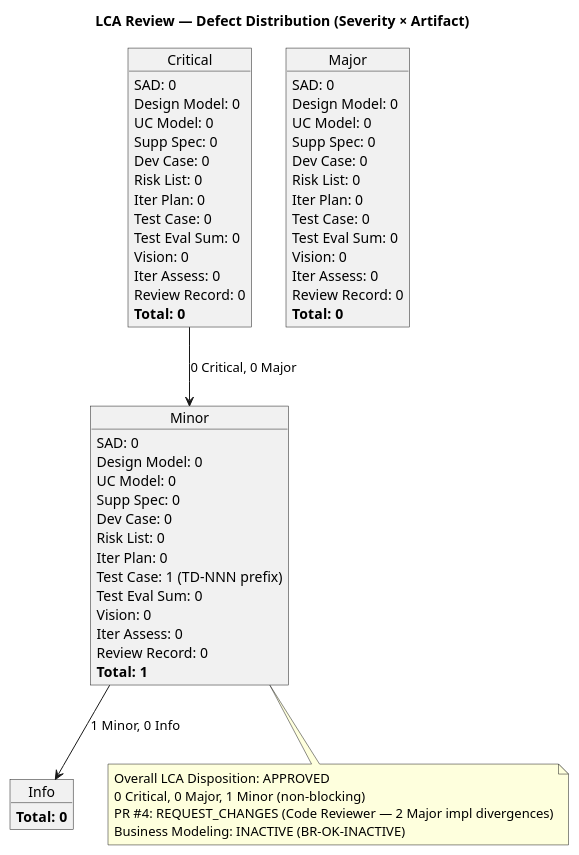
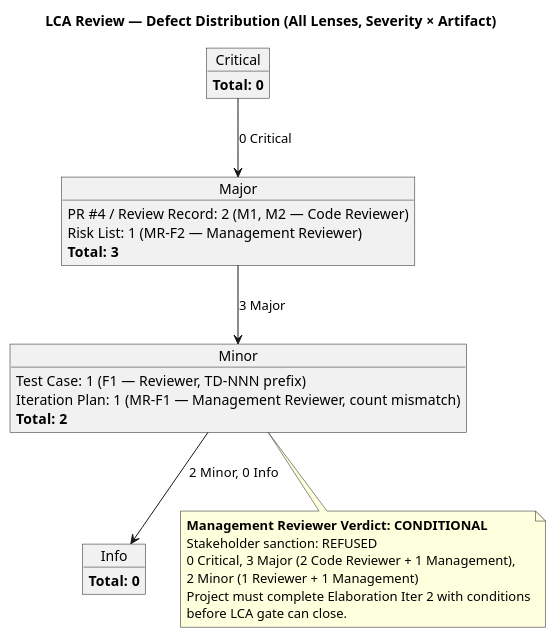
The third of 3 diagrams in docs/artifacts/project-management/review-record.md (banense-test/portal-cuba-corp), drawn with PlantUML before and after one commit. The commit also changed other lines of this file, not shown here.

Commit message:
Management Reviewer [E1]: upsert Review Record
[skip ci]

````diff
--- a/docs/artifacts/project-management/review-record.md
+++ b/docs/artifacts/project-management/review-record.md
@@ -296,70 +303,41 @@
 ```plantuml
 @startuml
-title LCA Review — Defect Distribution (Severity × Artifact)
+title LCA Review — Defect Distribution (All Lenses, Severity × Artifact)
 
 skinparam classAttributeIconSize 0
 
 object "Critical" as CR {
-  SAD: 0
-  Design Model: 0
-  UC Model: 0
-  Supp Spec: 0
-  Dev Case: 0
-  Risk List: 0
-  Iter Plan: 0
-  Test Case: 0
-  Test Eval Sum: 0
-  Vision: 0
-  Iter Assess: 0
-  Review Record: 0
   **Total: 0**
 }
 
 object "Major" as MA {
-  SAD: 0
-  Design Model: 0
-  UC Model: 0
-  Supp Spec: 0
-  Dev Case: 0
-  Risk List: 0
-  Iter Plan: 0
-  Test Case: 0
-  Test Eval Sum: 0
-  Vision: 0
-  Iter Assess: 0
-  Review Record: 0
-  **Total: 0**
+  PR #4 / Review Record: 2 (M1, M2 — Code Reviewer)
+  Risk List: 1 (MR-F2 — Management Reviewer)
+  **Total: 3**
 }
 
 object "Minor" as MI {
-  SAD: 0
-  Design Model: 0
-  UC Model: 0
-  Supp Spec: 0
-  Dev Case: 0
-  Risk List: 0
-  Iter Plan: 0
-  Test Case: 1 (TD-NNN prefix)
-  Test Eval Sum: 0
-  Vision: 0
-  Iter Assess: 0
-  Review Record: 0
-  **Total: 1**
+  Test Case: 1 (F1 — Reviewer, TD-NNN prefix)
+  Iteration Plan: 1 (MR-F1 — Management Reviewer, count mismatch)
+  **Total: 2**
 }
 
 object "Info" as IN {
   **Total: 0**
 }
 
-CR --> MI : 0 Critical, 0 Major
-MI --> IN : 1 Minor, 0 Info
+CR --> MA : 0 Critical
+MA --> MI : 3 Major
+MI --> IN : 2 Minor, 0 Info
 
 note bottom of MI
-  Overall LCA Disposition: APPROVED
-  0 Critical, 0 Major, 1 Minor (non-blocking)
-  PR #4: REQUEST_CHANGES (Code Reviewer — 2 Major impl divergences)
-  Business Modeling: INACTIVE (BR-OK-INACTIVE)
+  **Management Reviewer Verdict: CONDITIONAL**
+  Stakeholder sanction: REFUSED
+  0 Critical, 3 Major (2 Code Reviewer + 1 Management),
+  2 Minor (1 Reviewer + 1 Management)
+  Project must complete Elaboration Iter 2 with conditions
+  before LCA gate can close.
 end note
 
 @enduml
 ```
````
